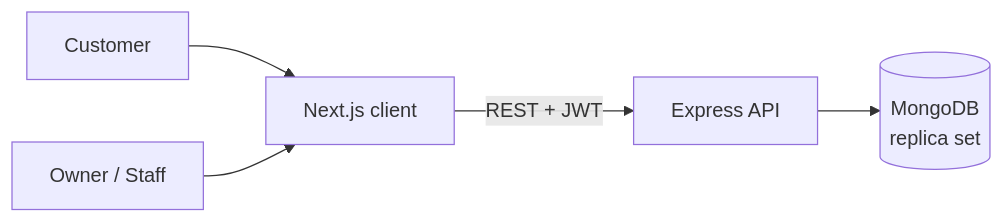
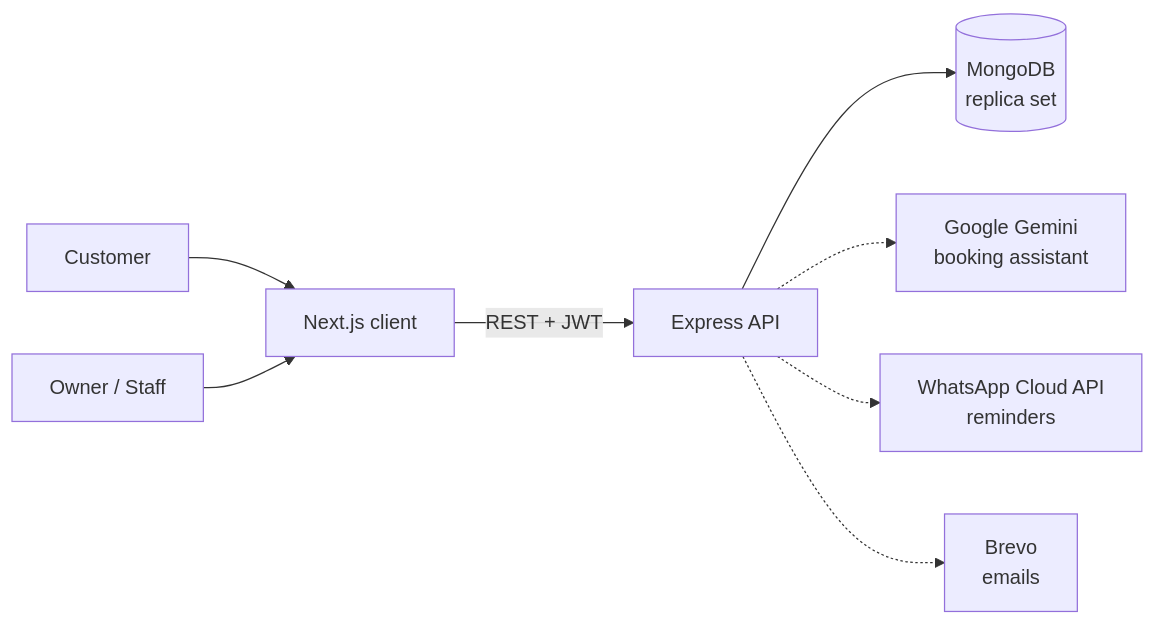
The first of 2 diagrams in README.md (abdalrhmn2021/BookFlow), drawn with Mermaid before and after one commit. The commit also changed other lines of this file, not shown here.

First line of the commit message:
docs: README for the AI assistant, upcoming bookings and 198 tests

````diff
--- a/README.md
+++ b/README.md
@@ -73,7 +76,10 @@
 ```mermaid
 flowchart LR
   C[Customer] --> FE[Next.js client]
   O[Owner / Staff] --> FE
   FE -->|REST + JWT| API[Express API]
   API --> DB[(MongoDB<br/>replica set)]
+  API -.-> AI[Google Gemini<br/>booking assistant]
+  API -.-> WA[WhatsApp Cloud API<br/>reminders]
+  API -.-> MAIL[Brevo<br/>emails]
 ```
````
